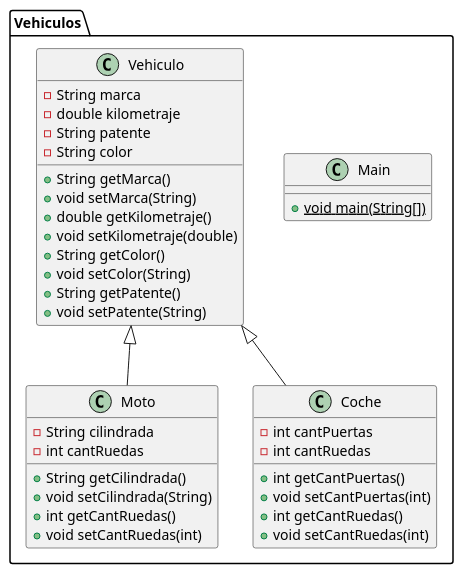
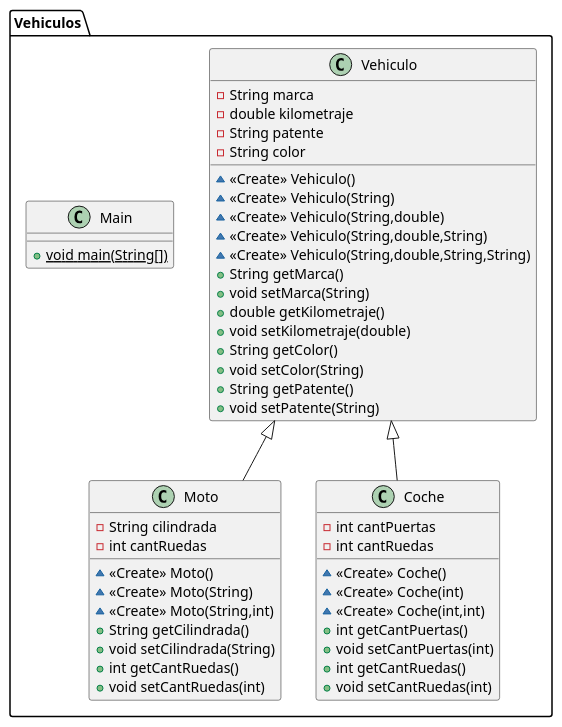
One commit to NachoArmen/TrabajoPractico changed the diagram in DiagramaVehiculos.puml. Above: the diagram before and after it, drawn with PlantUML.

Commit message:
feta: create DiagramaVehiculos

```diff
--- a/DiagramaVehiculos.puml
+++ b/DiagramaVehiculos.puml
@@ -1,39 +1,50 @@
 @startuml
-class Vehiculos.Main {
-+ {static} void main(String[])
-}
-class Vehiculos.Moto {
-- String cilindrada
-- int cantRuedas
-+ String getCilindrada()
-+ void setCilindrada(String)
-+ int getCantRuedas()
-+ void setCantRuedas(int)
-}
-class Vehiculos.Coche {
-- int cantPuertas
-- int cantRuedas
-+ int getCantPuertas()
-+ void setCantPuertas(int)
-+ int getCantRuedas()
-+ void setCantRuedas(int)
-}
 class Vehiculos.Vehiculo {
 - String marca
 - double kilometraje
 - String patente
 - String color
+~ <<Create>> Vehiculo()
+~ <<Create>> Vehiculo(String)
+~ <<Create>> Vehiculo(String,double)
+~ <<Create>> Vehiculo(String,double,String)
+~ <<Create>> Vehiculo(String,double,String,String)
 + String getMarca()
 + void setMarca(String)
 + double getKilometraje()
 + void setKilometraje(double)
 + String getColor()
 + void setColor(String)
 + String getPatente()
 + void setPatente(String)
 }
+class Vehiculos.Moto {
+- String cilindrada
+- int cantRuedas
+~ <<Create>> Moto()
+~ <<Create>> Moto(String)
+~ <<Create>> Moto(String,int)
++ String getCilindrada()
++ void setCilindrada(String)
++ int getCantRuedas()
++ void setCantRuedas(int)
+}
+class Vehiculos.Coche {
+- int cantPuertas
+- int cantRuedas
+~ <<Create>> Coche()
+~ <<Create>> Coche(int)
+~ <<Create>> Coche(int,int)
++ int getCantPuertas()
++ void setCantPuertas(int)
++ int getCantRuedas()
++ void setCantRuedas(int)
+}
+class Vehiculos.Main {
++ {static} void main(String[])
+}
 
 
 Vehiculos.Vehiculo <|-- Vehiculos.Moto
 Vehiculos.Vehiculo <|-- Vehiculos.Coche
 @enduml
```
